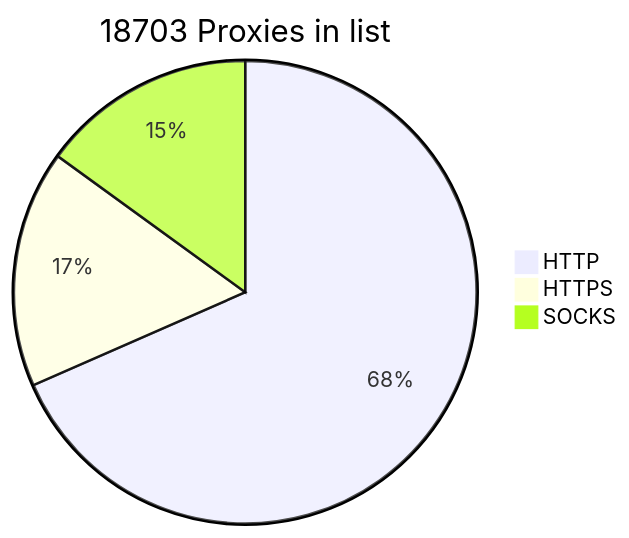
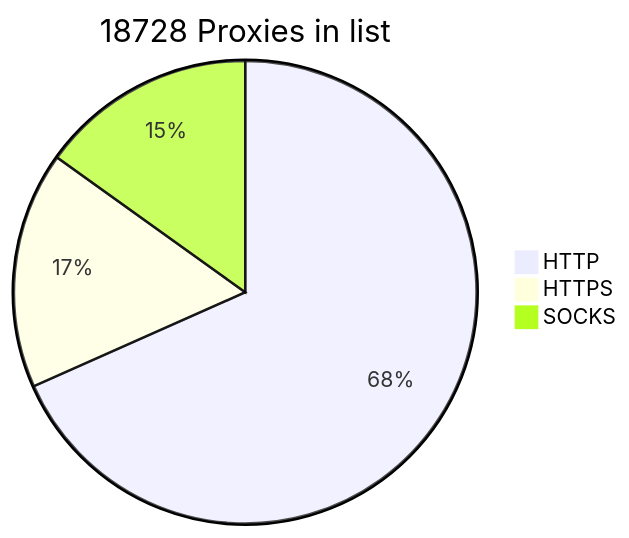
The diagram in README.md (BlackSnowDot/proxylist-update-every-minute), drawn with Mermaid before and after one commit. The commit also changed other lines of this file, not shown here.

````diff
--- a/README.md
+++ b/README.md
@@ -2,6 +2,6 @@
 ```mermaid
-pie title 18703 Proxies in list
-    "HTTP" : 13959
+pie title 18728 Proxies in list
+    "HTTP" : 13960
     "HTTPS": 3381
-    "SOCKS" : 3061
+    "SOCKS" : 3086
 ```
````
